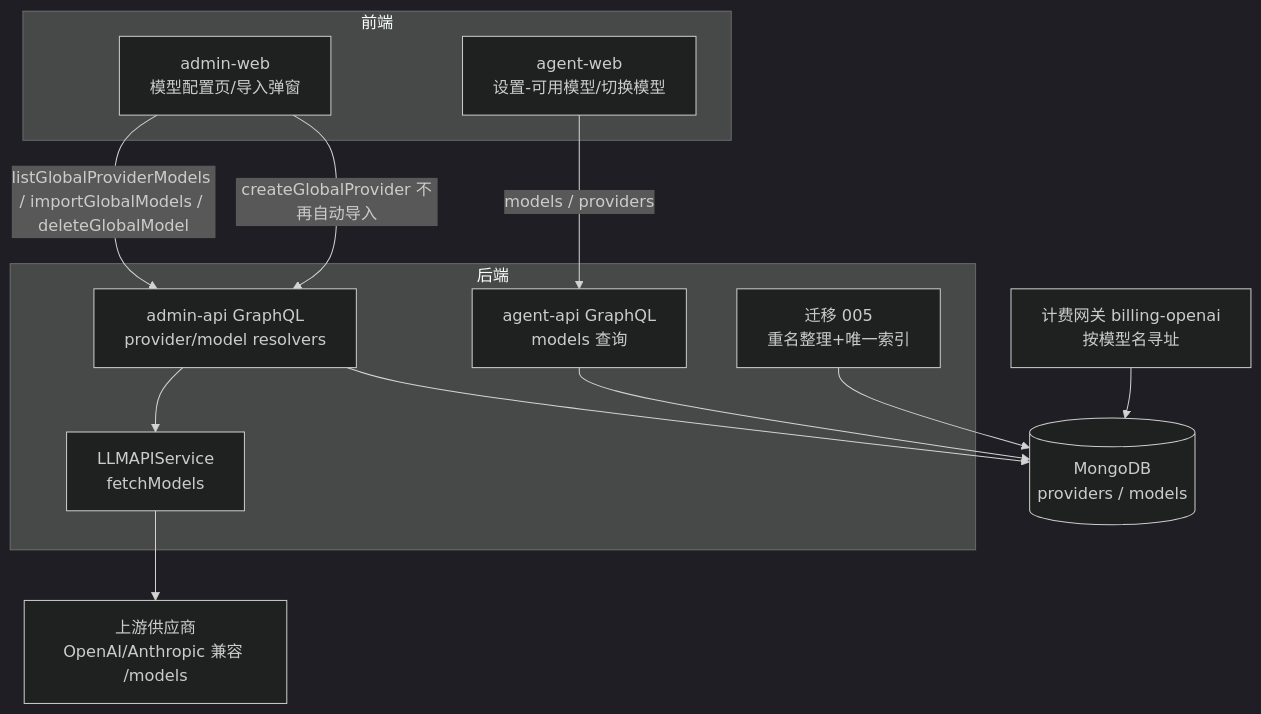
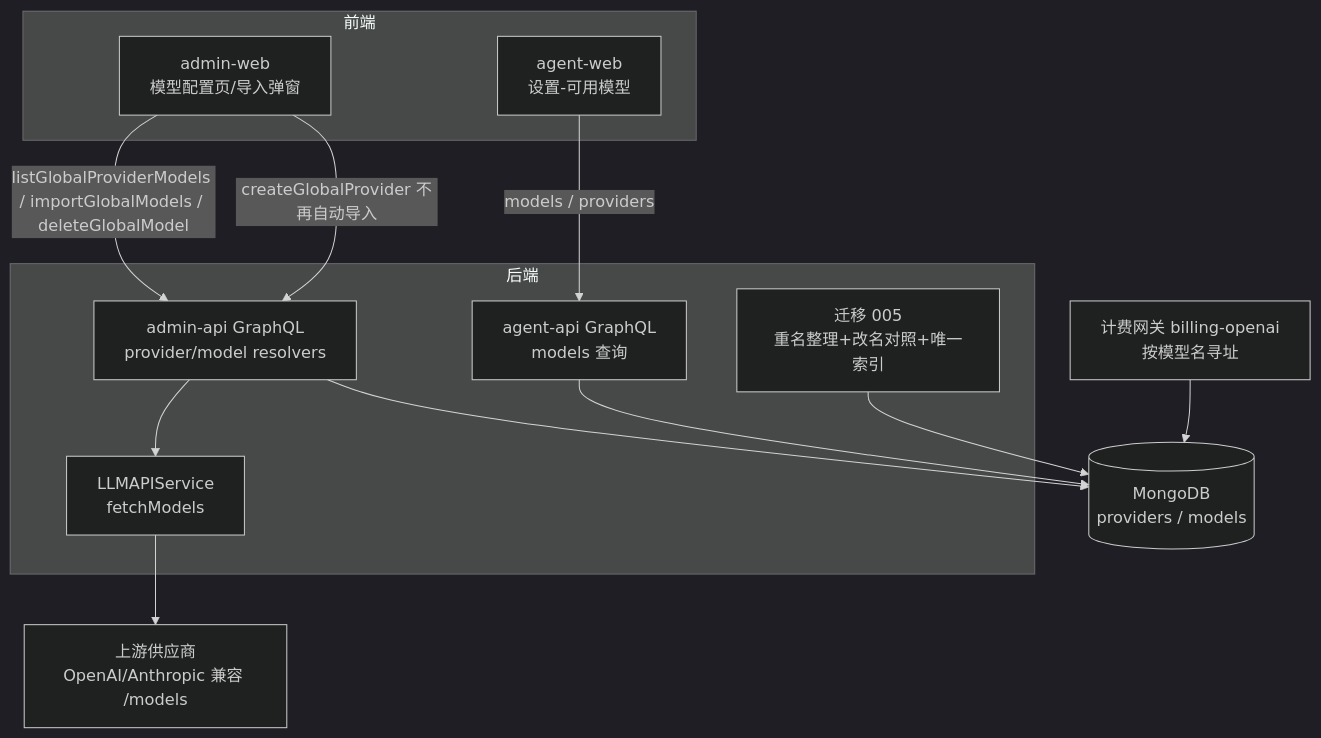
Before and after one commit to Deliay/z-agent-gear: the second of 5 diagrams in docs/engineering/proposals/20261020-fix-api-channel-model-fixes.md, drawn with Mermaid (dark theme). The commit also changed other lines of this file and 1 other file, not shown here.

Commit message:
docs(api-channel): 返工修订 PRD v1.1/提案 v1.1——保留 agent-api 用户侧自动同步并声明两侧行为差异、会话切换模型分组移出范围（ACP 无来源字段）、重名整理记录持久化为 model_rename_records 可查询载体

````diff
--- a/docs/engineering/proposals/20261020-fix-api-channel-model-fixes.md
+++ b/docs/engineering/proposals/20261020-fix-api-channel-model-fixes.md
@@ -69,24 +72,24 @@
 ```mermaid
 graph TD
     subgraph 前端
         AW[admin-web<br/>模型配置页/导入弹窗]
-        UW[agent-web<br/>设置-可用模型/切换模型]
+        UW[agent-web<br/>设置-可用模型]
     end
     subgraph 后端
         AA[admin-api GraphQL<br/>provider/model resolvers]
         UA[agent-api GraphQL<br/>models 查询]
         LLM[LLMAPIService<br/>fetchModels]
-        MIG[迁移 005<br/>重名整理+唯一索引]
+        MIG[迁移 005<br/>重名整理+改名对照+唯一索引]
     end
     UP[上游供应商<br/>OpenAI/Anthropic 兼容 /models]
     DB[(MongoDB<br/>providers / models)]
     GW[计费网关 billing-openai<br/>按模型名寻址]
 
     AW -->|listGlobalProviderModels / importGlobalModels / deleteGlobalModel| AA
     AW -->|createGlobalProvider 不再自动导入| AA
     AA --> LLM --> UP
     AA --> DB
     UW -->|models / providers| UA --> DB
     MIG --> DB
     GW --> DB
 ```
````
